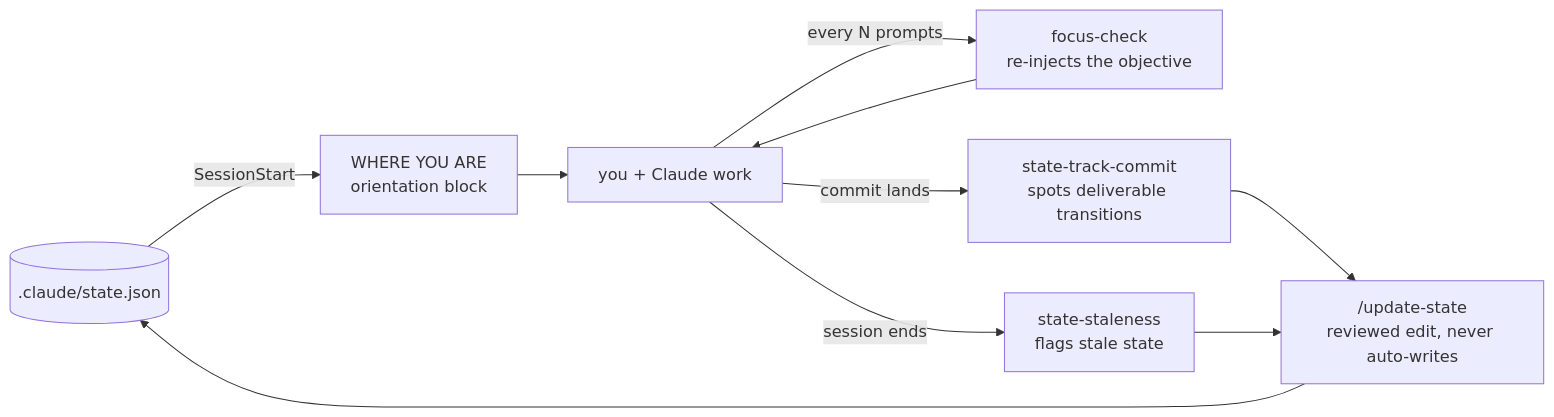
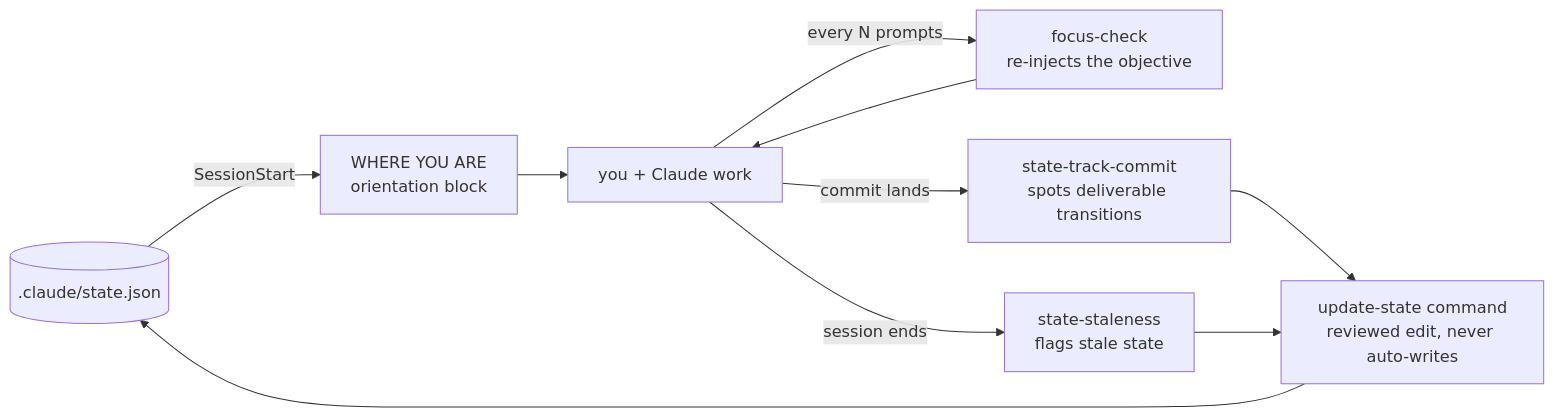
The first of 2 diagrams in README.md (goldenwo/claude-state-drift), drawn with Mermaid before and after one commit. The commit also changed other lines of this file and 3 other files, not shown here.

````diff
--- a/README.md
+++ b/README.md
@@ -54,12 +54,12 @@
 ```mermaid
 flowchart LR
     S[(".claude/state.json")] -->|SessionStart| O["WHERE YOU ARE<br/>orientation block"]
     O --> W["you + Claude work"]
     W -->|"every N prompts"| F["focus-check<br/>re-injects the objective"]
     F --> W
     W -->|"commit lands"| C["state-track-commit<br/>spots deliverable transitions"]
     W -->|"session ends"| Z["state-staleness<br/>flags stale state"]
-    C --> U["/update-state<br/>reviewed edit, never auto-writes"]
+    C --> U["update-state command<br/>reviewed edit, never auto-writes"]
     Z --> U
     U --> S
 ```
````
